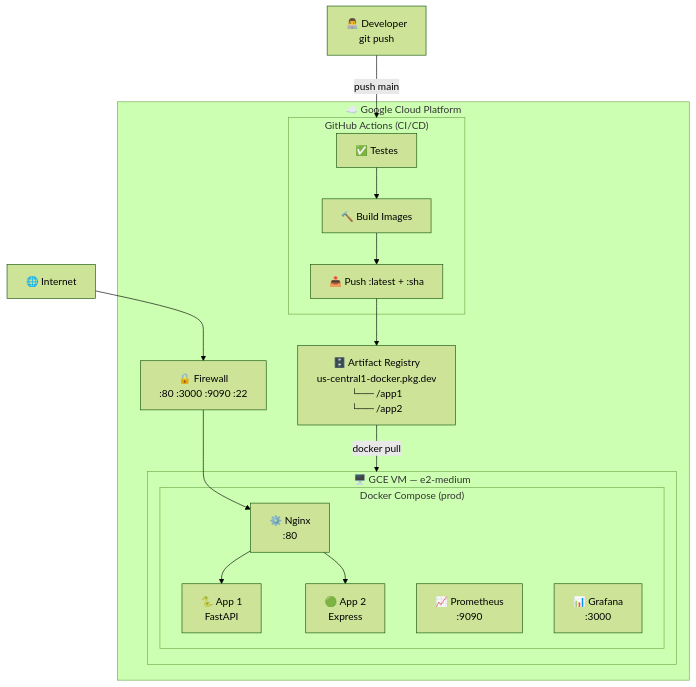
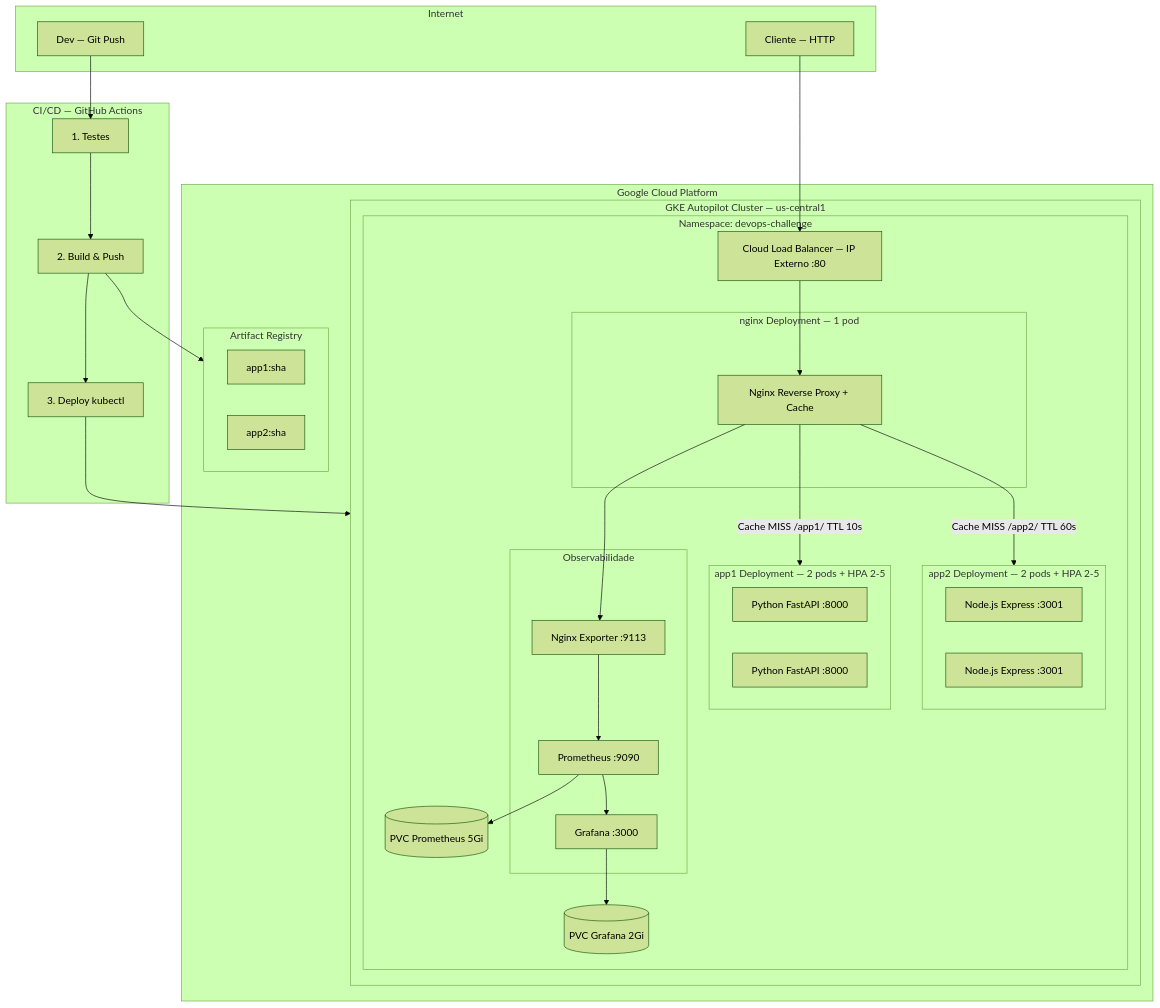
Before and after one commit to wilsongomes345/to-brasil: the first of 3 diagrams in docs/architecture.md, drawn with Mermaid (forest theme). The commit also changed other lines of this file and 28 other files, not shown here.

First line of the commit message:
feat: migrar para GKE Autopilot + corrigir CI/CD e testes

````diff
--- a/docs/architecture.md
+++ b/docs/architecture.md
@@ -51,35 +13,65 @@
 ```mermaid
 graph TB
-    Internet["🌐 Internet"]
-    Dev["👨‍💻 Developer\ngit push"]
+    subgraph Internet
+        DEV["Dev — Git Push"]
+        CLIENT["Cliente — HTTP"]
+    end
 
-    subgraph GCP["☁️ Google Cloud Platform"]
-
-        subgraph CICD["GitHub Actions (CI/CD)"]
-            Test["✅ Testes"]
-            Build["🔨 Build Images"]
-            PushImg["📤 Push :latest + :sha"]
+    subgraph GCP["Google Cloud Platform"]
+        subgraph AR["Artifact Registry"]
+            IMG1["app1:sha"]
+            IMG2["app2:sha"]
         end
 
-        AR["🗄️ Artifact Registry\nus-central1-docker.pkg.dev\n└── /app1\n└── /app2"]
+        subgraph GKE["GKE Autopilot Cluster — us-central1"]
+            subgraph NS["Namespace: devops-challenge"]
+                LB["Cloud Load Balancer — IP Externo :80"]
 
-        FW["🔒 Firewall\n:80  :3000  :9090  :22"]
+                subgraph NGINX["nginx Deployment — 1 pod"]
+                    NP["Nginx Reverse Proxy + Cache"]
+                end
 
-        subgraph VM["🖥️ GCE VM — e2-medium"]
-            subgraph DC["Docker Compose (prod)"]
-                NginxP["⚙️ Nginx\n:80"]
-                App1P["🐍 App 1\nFastAPI"]
-                App2P["🟢 App 2\nExpress"]
-                PromP["📈 Prometheus\n:9090"]
-                GrafP["📊 Grafana\n:3000"]
+                subgraph APP1["app1 Deployment — 2 pods + HPA 2-5"]
+                    A1A["Python FastAPI :8000"]
+                    A1B["Python FastAPI :8000"]
+                end
+
+                subgraph APP2["app2 Deployment — 2 pods + HPA 2-5"]
+                    A2A["Node.js Express :3001"]
+                    A2B["Node.js Express :3001"]
+                end
+
+                subgraph OBS["Observabilidade"]
+                    EXP["Nginx Exporter :9113"]
+                    PROM["Prometheus :9090"]
+                    GRAF["Grafana :3000"]
+                end
+
+                PVC1[("PVC Prometheus 5Gi")]
+                PVC2[("PVC Grafana 2Gi")]
             end
         end
     end
 
-    Dev -->|"push main"| CICD
-    Test --> Build --> PushImg --> AR
-    AR -->|"docker pull"| VM
-    Internet --> FW --> NginxP
-    NginxP --> App1P
-    NginxP --> App2P
+    subgraph CICD["CI/CD — GitHub Actions"]
+        T["1. Testes"]
+        B["2. Build & Push"]
+        D["3. Deploy kubectl"]
+    end
+
+    DEV --> T
+    T --> B
+    B --> AR
+    B --> D
+    D --> GKE
+
+    CLIENT --> LB
+    LB --> NP
+    NP -->|"Cache MISS /app1/ TTL 10s"| APP1
+    NP -->|"Cache MISS /app2/ TTL 60s"| APP2
+    NP --> EXP
+    EXP --> PROM
+    PROM --> PVC1
+    PROM --> GRAF
+    GRAF --> PVC2
 ```
````
